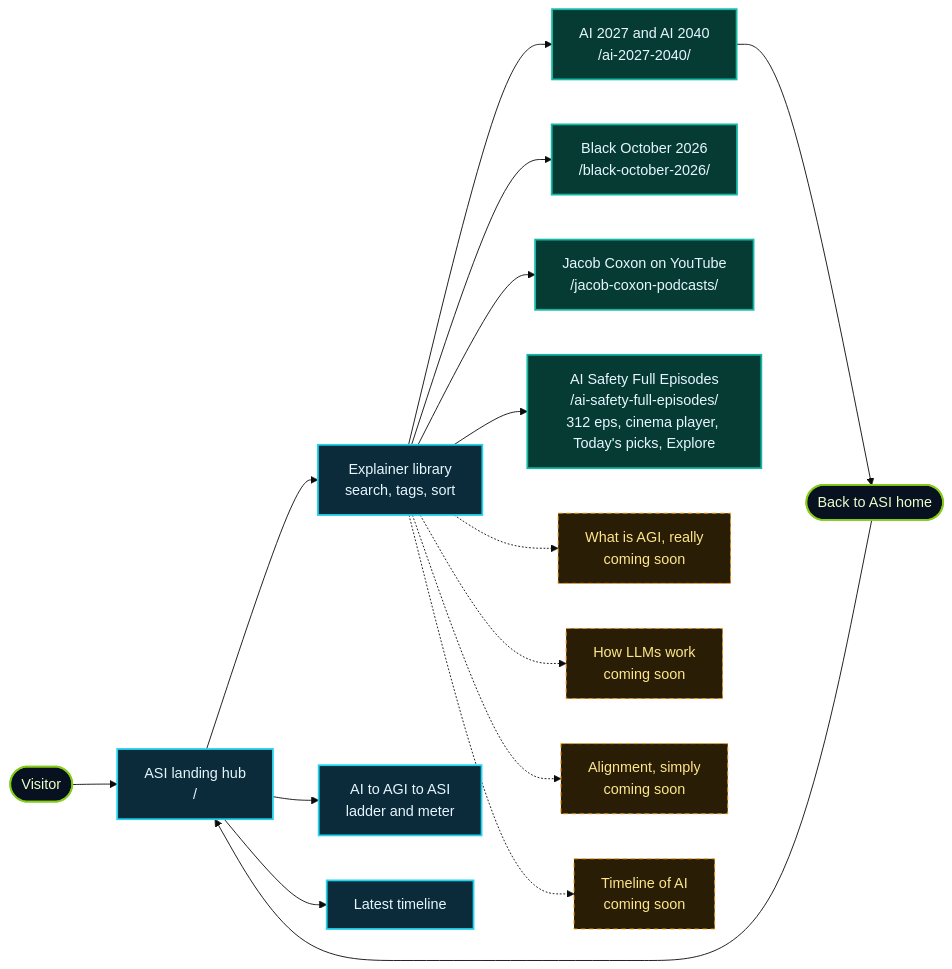
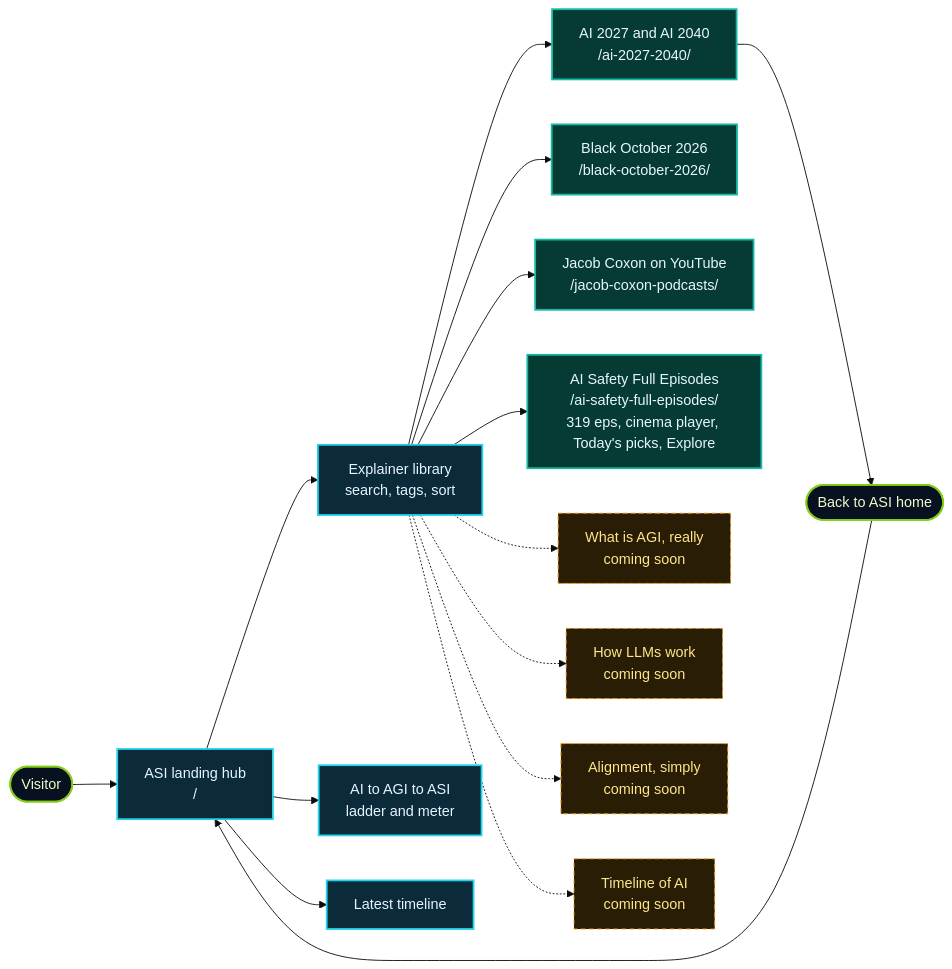
Before and after one commit to lo3elyon/ASI: the first of 12 diagrams in README.md, drawn with Mermaid (base theme). The commit also changed other lines of this file, not shown here.

Commit message:
ASI hub: changelog and counts for AI Safety Full Episodes (319 episodes) (README.md)

````diff
--- a/README.md
+++ b/README.md
@@ -70,25 +70,25 @@
 ```mermaid
 flowchart LR
     V(["Visitor"]) --> H["ASI landing hub<br/>/"]
     H --> L["Explainer library<br/>search, tags, sort"]
     H --> G["AI to AGI to ASI<br/>ladder and meter"]
     H --> T["Latest timeline"]
     L --> E1["AI 2027 and AI 2040<br/>/ai-2027-2040/"]
     L --> E6["Black October 2026<br/>/black-october-2026/"]
     L --> E7["Jacob Coxon on YouTube<br/>/jacob-coxon-podcasts/"]
-    L --> E8["AI Safety Full Episodes<br/>/ai-safety-full-episodes/<br/>312 eps, cinema player, Today's picks, Explore"]
+    L --> E8["AI Safety Full Episodes<br/>/ai-safety-full-episodes/<br/>319 eps, cinema player, Today's picks, Explore"]
     L -.-> E2["What is AGI, really<br/>coming soon"]
     L -.-> E3["How LLMs work<br/>coming soon"]
     L -.-> E4["Alignment, simply<br/>coming soon"]
     L -.-> E5["Timeline of AI<br/>coming soon"]
     E1 --> B(["Back to ASI home"])
     B --> H
     classDef hub fill:#0b2a3a,stroke:#22d3ee,stroke-width:2px,color:#e6f6ff
     classDef live fill:#063b33,stroke:#14b8a6,stroke-width:2px,color:#e6f6ff
     classDef soon fill:#2a1d05,stroke:#f59e0b,stroke-dasharray:5 4,color:#fde68a
     classDef user fill:#07111f,stroke:#84cc16,stroke-width:2px,color:#ecfccb
     class H,L,G,T hub
     class E1,E6,E7,E8 live
     class E2,E3,E4,E5 soon
     class V,B user
 ```
````
